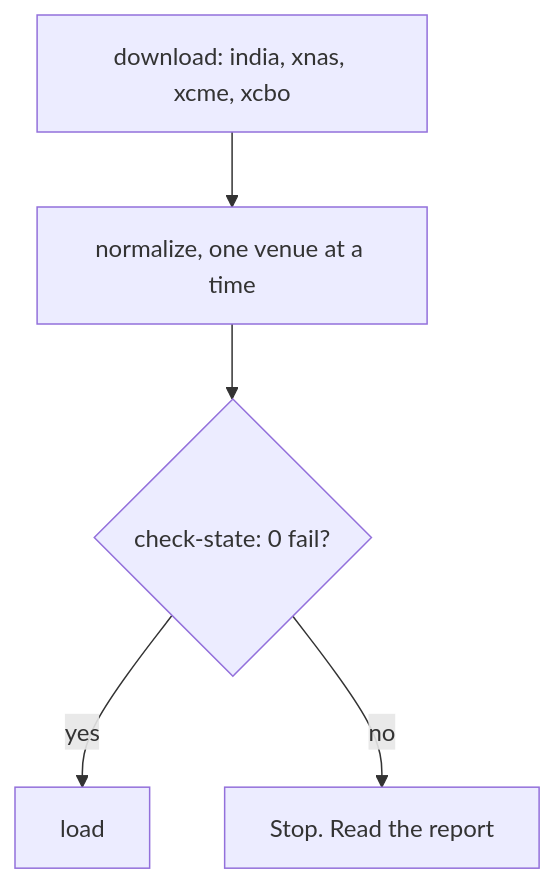
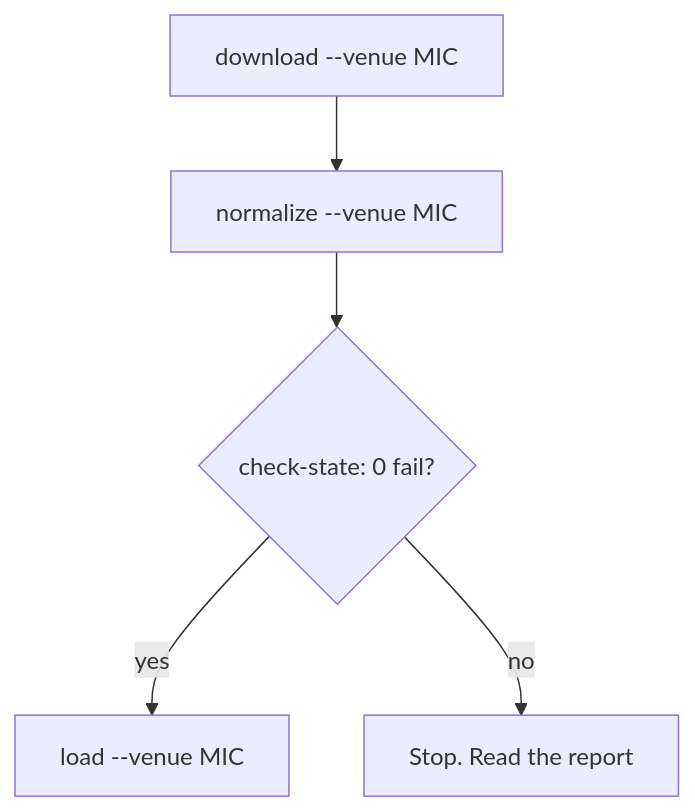
Before and after one commit to dvygo/Securities: the first of 3 diagrams in deploy/RUNBOOK.md, drawn with Mermaid. The commit also changed other lines of this file and 33 other files, not shown here.

First line of the commit message:
8.0.0: every run is for one exchange (--venue MIC); no all-venue runs

````diff
--- a/deploy/RUNBOOK.md
+++ b/deploy/RUNBOOK.md
@@ -22,7 +24,7 @@
 ```mermaid
 flowchart TB
-    A["download: india, xnas, xcme, xcbo"] --> B["normalize, one venue at a time"]
+    A["download --venue MIC"] --> B["normalize --venue MIC"]
     B --> C{"check-state: 0 fail?"}
-    C -->|yes| D["load"]
+    C -->|yes| D["load --venue MIC"]
     C -->|no| S["Stop. Read the report"]
 ```
````
